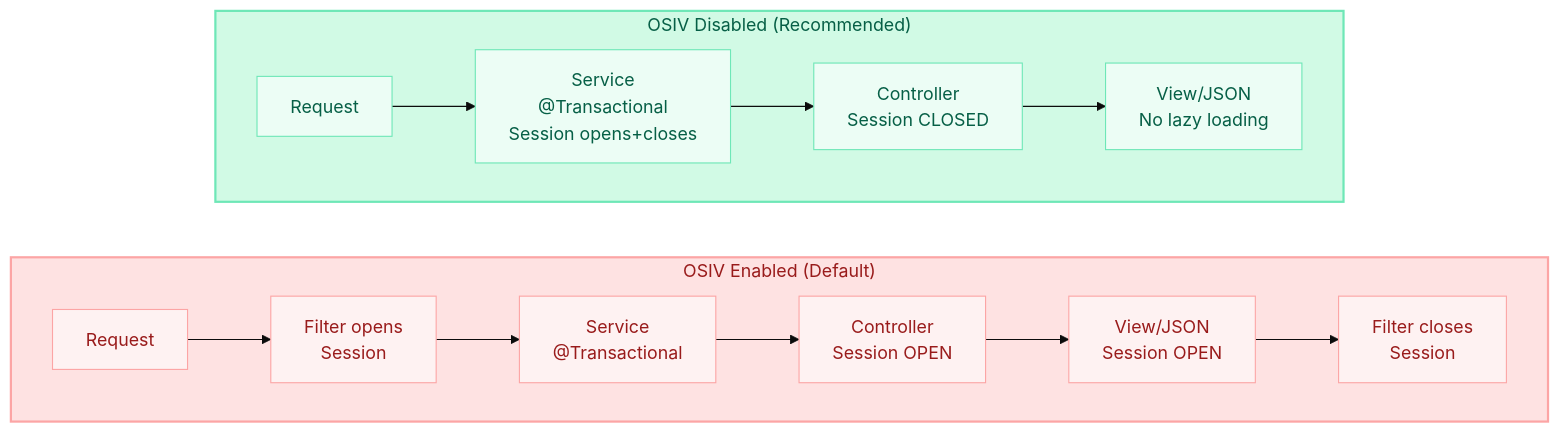
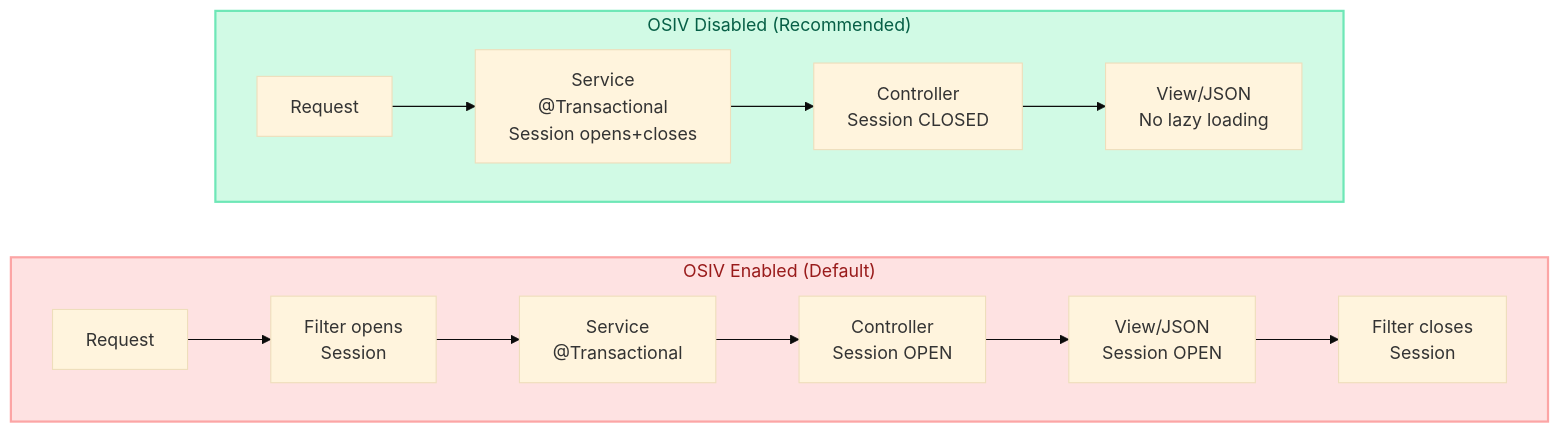
One commit to saivamsikaruturi/vamsilabs-dev-notes-main changed the tenth of 10 diagrams in docs/springboot/hibernate-internals.md. Above: the diagram before and after it, drawn with Mermaid (base theme). The commit also changed other lines of this file and 21 other files, not shown here.

````diff
--- a/docs/springboot/hibernate-internals.md
+++ b/docs/springboot/hibernate-internals.md
@@ -807,31 +1491,21 @@
 ```mermaid
 flowchart LR
     subgraph OSIV_ON["OSIV Enabled (Default)"]
         direction LR
         R1["Request"] --> F1["Filter opens<br/>Session"]
         F1 --> S1["Service<br/>@Transactional"]
         S1 --> C1["Controller<br/>Session OPEN"]
         C1 --> V1["View/JSON<br/>Session OPEN"]
         V1 --> F1C["Filter closes<br/>Session"]
     end
 
     subgraph OSIV_OFF["OSIV Disabled (Recommended)"]
         direction LR
         R2["Request"] --> S2["Service<br/>@Transactional<br/>Session opens+closes"]
         S2 --> C2["Controller<br/>Session CLOSED"]
         C2 --> V2["View/JSON<br/>No lazy loading"]
     end
 
     style OSIV_ON fill:#FEE2E2,stroke:#FCA5A5,stroke-width:2px,color:#991B1B
     style OSIV_OFF fill:#D1FAE5,stroke:#6EE7B7,stroke-width:2px,color:#065F46
-    style R1 fill:#FEF2F2,stroke:#FCA5A5,color:#991B1B
-    style F1 fill:#FEF2F2,stroke:#FCA5A5,color:#991B1B
-    style S1 fill:#FEF2F2,stroke:#FCA5A5,color:#991B1B
-    style C1 fill:#FEF2F2,stroke:#FCA5A5,color:#991B1B
-    style V1 fill:#FEF2F2,stroke:#FCA5A5,color:#991B1B
-    style F1C fill:#FEF2F2,stroke:#FCA5A5,color:#991B1B
-    style R2 fill:#ECFDF5,stroke:#6EE7B7,color:#065F46
-    style S2 fill:#ECFDF5,stroke:#6EE7B7,color:#065F46
-    style C2 fill:#ECFDF5,stroke:#6EE7B7,color:#065F46
-    style V2 fill:#ECFDF5,stroke:#6EE7B7,color:#065F46
 ```
````
